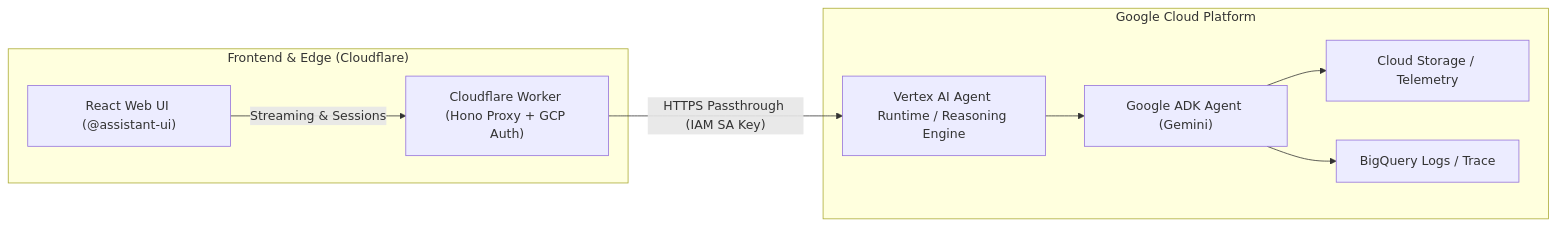
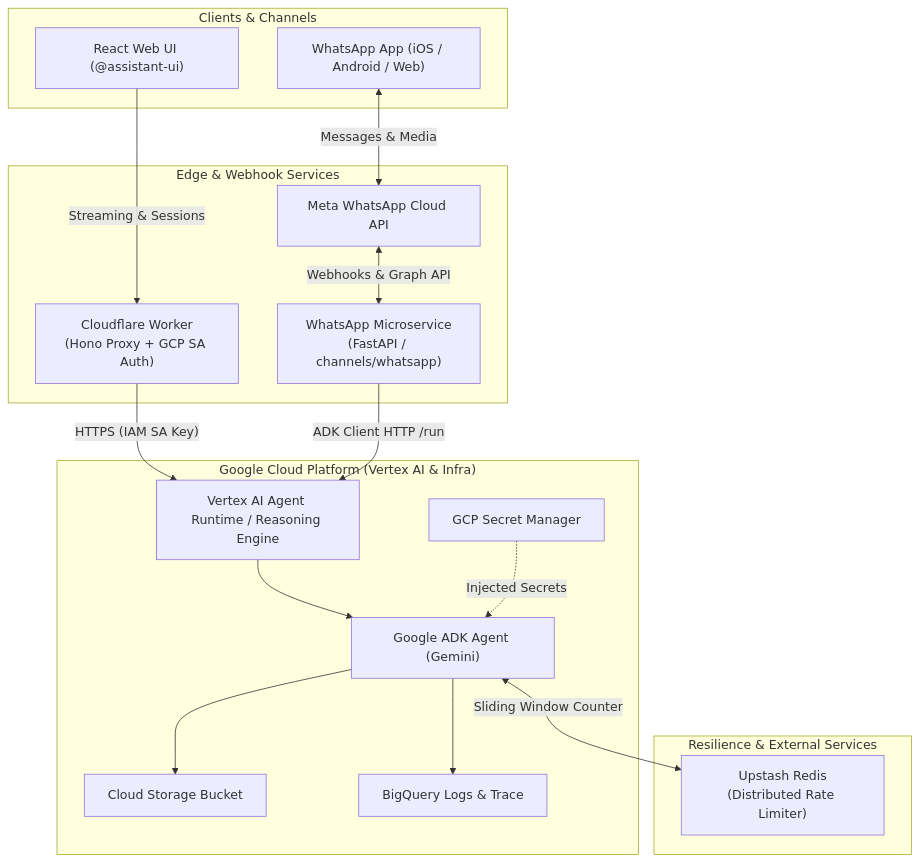
Before and after one commit to janf-agentic-architect/fullstack-adk-chat-assistant-template: the diagram in README.md, drawn with Mermaid. The commit also changed other lines of this file and 1 other file, not shown here.

Commit message:
docs: Update README and channels/README

````diff
--- a/README.md
+++ b/README.md
@@ -11,20 +25,37 @@
 ```mermaid
-flowchart LR
-    subgraph Client ["Frontend & Edge (Cloudflare)"]
-        UI["React Web UI (@assistant-ui)"]
-        HonoWorker["Cloudflare Worker (Hono Proxy + GCP Auth)"]
-        UI -->|Streaming & Sessions| HonoWorker
+flowchart TD
+    subgraph Clients ["Clients & Channels"]
+        WebUI["React Web UI (@assistant-ui)"]
+        WhatsAppClient["WhatsApp App (iOS / Android / Web)"]
     end
 
-    subgraph GCP ["Google Cloud Platform"]
+    subgraph EdgeAndChannels ["Edge & Webhook Services"]
+        HonoWorker["Cloudflare Worker\n(Hono Proxy + GCP SA Auth)"]
+        MetaAPI["Meta WhatsApp Cloud API"]
+        WhatsAppService["WhatsApp Microservice\n(FastAPI / channels/whatsapp)"]
+
+        WebUI -->|Streaming & Sessions| HonoWorker
+        WhatsAppClient <-->|Messages & Media| MetaAPI
+        MetaAPI <-->|Webhooks & Graph API| WhatsAppService
+    end
+
+    subgraph GCP ["Google Cloud Platform (Vertex AI & Infra)"]
         AgentRuntime["Vertex AI Agent Runtime / Reasoning Engine"]
         ADKAgent["Google ADK Agent (Gemini)"]
-        GCS["Cloud Storage / Telemetry"]
-        BigQuery["BigQuery Logs / Trace"]
+        SecretManager["GCP Secret Manager"]
+        GCS["Cloud Storage Bucket"]
+        BigQuery["BigQuery Logs & Trace"]
 
-        HonoWorker -->|"HTTPS Passthrough (IAM SA Key)"| AgentRuntime
+        HonoWorker -->|"HTTPS (IAM SA Key)"| AgentRuntime
+        WhatsAppService -->|"ADK Client HTTP /run"| AgentRuntime
         AgentRuntime --> ADKAgent
+        SecretManager -.->|"Injected Secrets"| ADKAgent
         ADKAgent --> GCS
         ADKAgent --> BigQuery
     end
+
+    subgraph Security ["Resilience & External Services"]
+        Upstash["Upstash Redis\n(Distributed Rate Limiter)"]
+        ADKAgent <-->|"Sliding Window Counter"| Upstash
+    end
 ```
````
